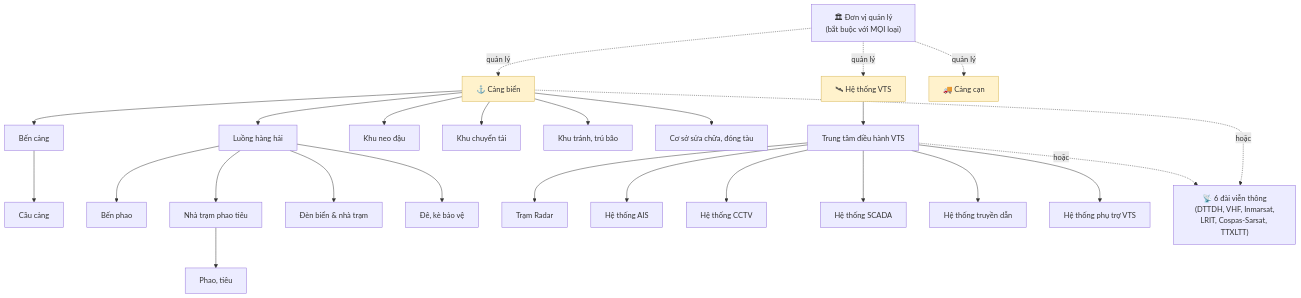
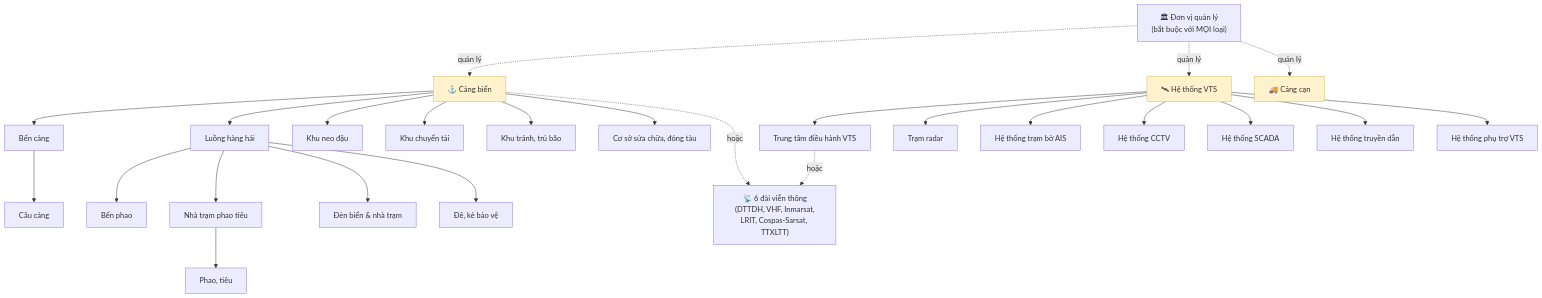
One commit to trangg21-bit/hang-hai-kchtgt changed the diagram in SO-DO-VA-MA-TRAN-CHA-CON-KCHT.md. Above: the diagram before and after it, drawn with Mermaid. The commit also changed other lines of this file and 4 other files, not shown here.

````diff
--- a/SO-DO-VA-MA-TRAN-CHA-CON-KCHT.md
+++ b/SO-DO-VA-MA-TRAN-CHA-CON-KCHT.md
@@ -10,39 +10,39 @@
 ```mermaid
 flowchart TD
     DV["🏛 Đơn vị quản lý<br/>(bắt buộc với MỌI loại)"]
 
     CB["⚓ Cảng biển"]:::root
     CB --> BC["Bến cảng"]
     BC --> CC["Cầu cảng"]
     CB --> LHH["Luồng hàng hải"]
     LHH --> BP["Bến phao"]
     LHH --> NT["Nhà trạm phao tiêu"]
     NT --> PT["Phao, tiêu"]
     LHH --> DBNT["Đèn biển & nhà trạm"]
     LHH --> DK["Đê, kè bảo vệ"]
     CB --> ND["Khu neo đậu"]
     CB --> CT["Khu chuyển tải"]
     CB --> TTB["Khu tránh, trú bão"]
     CB --> CSSCDT["Cơ sở sửa chữa, đóng tàu"]
 
     VTS["🛰 Hệ thống VTS"]:::root
     VTS --> TTDH["Trung tâm điều hành VTS"]
-    TTDH --> RADAR["Trạm Radar"]
-    TTDH --> AIS["Hệ thống AIS"]
-    TTDH --> CCTV["Hệ thống CCTV"]
-    TTDH --> SCA["Hệ thống SCADA"]
-    TTDH --> TRD["Hệ thống truyền dẫn"]
-    TTDH --> PTVTS["Hệ thống phụ trợ VTS"]
+    VTS --> RADAR["Trạm radar"]
+    VTS --> AIS["Hệ thống trạm bờ AIS"]
+    VTS --> CCTV["Hệ thống CCTV"]
+    VTS --> SCA["Hệ thống SCADA"]
+    VTS --> TRD["Hệ thống truyền dẫn"]
+    VTS --> PTVTS["Hệ thống phụ trợ VTS"]
 
     CCAN["🚚 Cảng cạn"]:::root
 
     DAI["📡 6 đài viễn thông<br/>(DTTDH, VHF, Inmarsat,<br/>LRIT, Cospas-Sarsat, TTXLTT)"]
     TTDH -.->|"hoặc"| DAI
     CB -.->|"hoặc"| DAI
 
     DV -.quản lý.-> CB
     DV -.quản lý.-> VTS
     DV -.quản lý.-> CCAN
 
     classDef root fill:#fff2cc,stroke:#d6b656;
 ```
````
